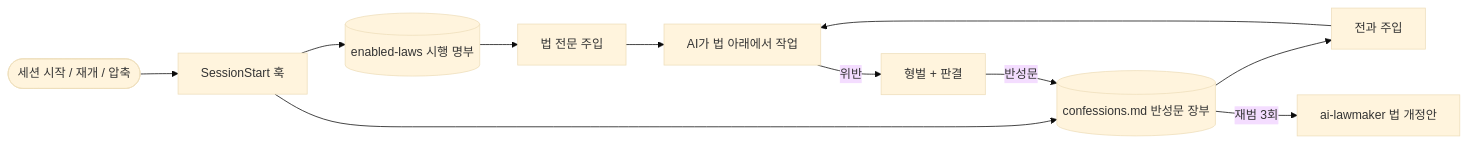
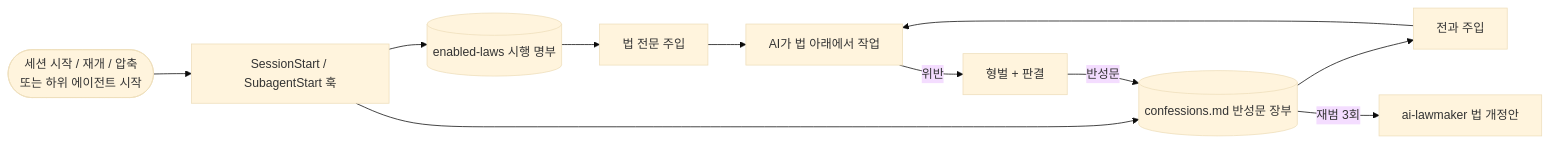
One commit to jinyeong03/ai-lawbook changed the diagram in README.ko.md. Above: the diagram before and after it, drawn with Mermaid (base theme). The commit also changed other lines of this file and 10 other files, not shown here.

First line of the commit message:
Inject laws and the Confession Ledger into subagents (SubagentStart hook)

````diff
--- a/README.ko.md
+++ b/README.ko.md
@@ -144,13 +148,13 @@
 ```mermaid
 flowchart LR
-  S([세션 시작 / 재개 / 압축]) --> H[SessionStart 훅]
+  S([세션 시작 / 재개 / 압축<br/>또는 하위 에이전트 시작]) --> H[SessionStart / SubagentStart 훅]
   H --> R[(enabled-laws 시행 명부)]
   H --> L[(confessions.md 반성문 장부)]
   R --> C[법 전문 주입]
   L --> P[전과 주입]
   C --> W[AI가 법 아래에서 작업]
   P --> W
   W -- 위반 --> J[형벌 + 판결]
   J -- 반성문 --> L
   L -- 재범 3회 --> M[ai-lawmaker 법 개정안]
 ```
````
